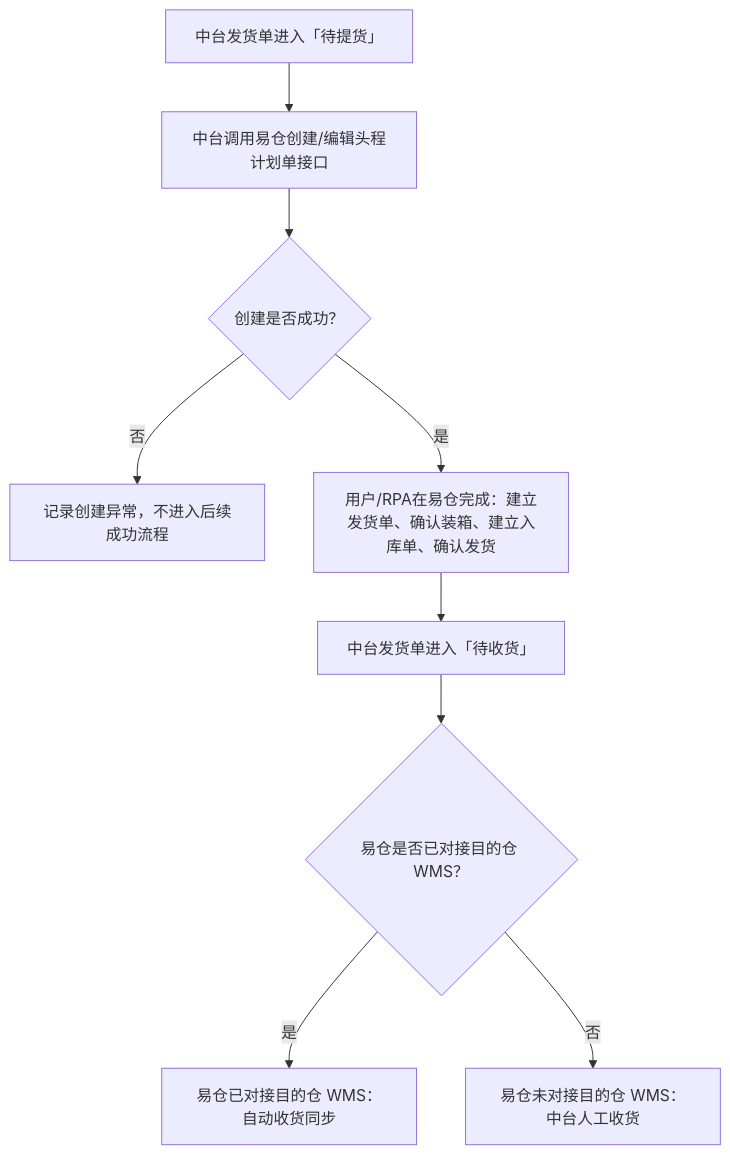
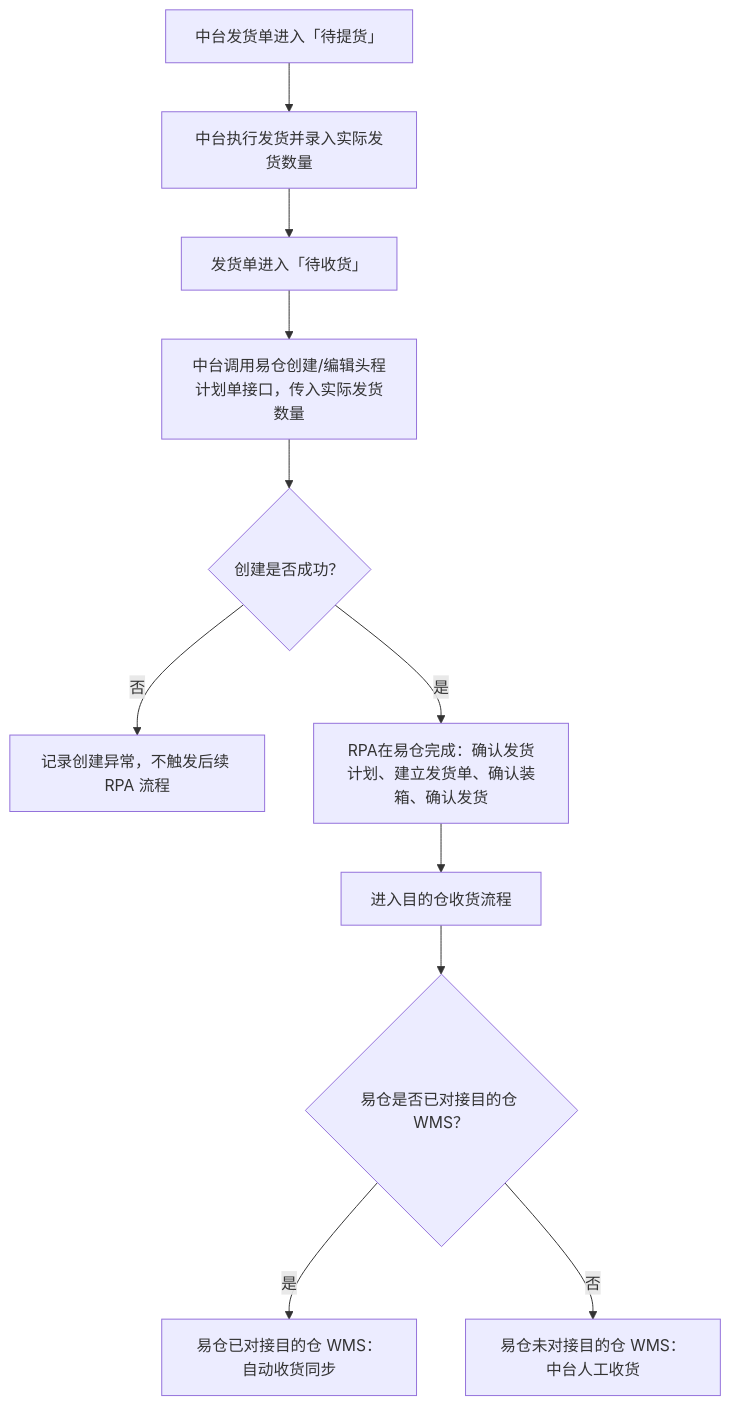
Before and after one commit to heiquanrenheiquanren-lab/Middle-Platform-Pages: the first of 3 diagrams in PRD/自动收货-发货单全流程管理 V2.1.md, drawn with Mermaid. The commit also changed other lines of this file and 5 other files, not shown here.

````diff
--- a/PRD/自动收货-发货单全流程管理 V2.1.md
+++ b/PRD/自动收货-发货单全流程管理 V2.1.md
@@ -45,11 +45,13 @@
 ```mermaid
 flowchart TD
-    A["中台发货单进入「待提货」"] --> B["中台调用易仓创建/编辑头程计划单接口"]
-    B --> C{"创建是否成功？"}
-    C -- 否 --> D["记录创建异常，不进入后续成功流程"]
-    C -- 是 --> E["用户/RPA在易仓完成：建立发货单、确认装箱、建立入库单、确认发货"]
-    E --> F["中台发货单进入「待收货」"]
-    F --> G{"易仓是否已对接目的仓 WMS？"}
-    G -- 是 --> H["易仓已对接目的仓 WMS：自动收货同步"]
-    G -- 否 --> I["易仓未对接目的仓 WMS：中台人工收货"]
+    A["中台发货单进入「待提货」"] --> B["中台执行发货并录入实际发货数量"]
+    B --> C["发货单进入「待收货」"]
+    C --> D["中台调用易仓创建/编辑头程计划单接口，传入实际发货数量"]
+    D --> E{"创建是否成功？"}
+    E -- 否 --> F["记录创建异常，不触发后续 RPA 流程"]
+    E -- 是 --> G["RPA在易仓完成：确认发货计划、建立发货单、确认装箱、确认发货"]
+    G --> H["进入目的仓收货流程"]
+    H --> I{"易仓是否已对接目的仓 WMS？"}
+    I -- 是 --> J["易仓已对接目的仓 WMS：自动收货同步"]
+    I -- 否 --> K["易仓未对接目的仓 WMS：中台人工收货"]
 ```
````
